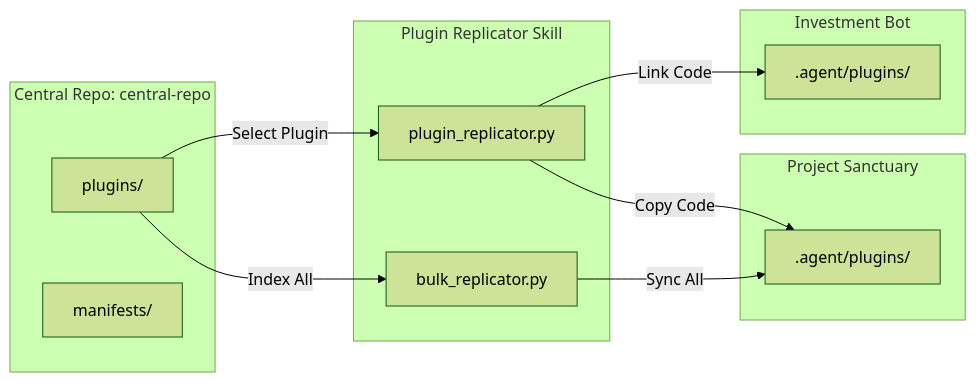
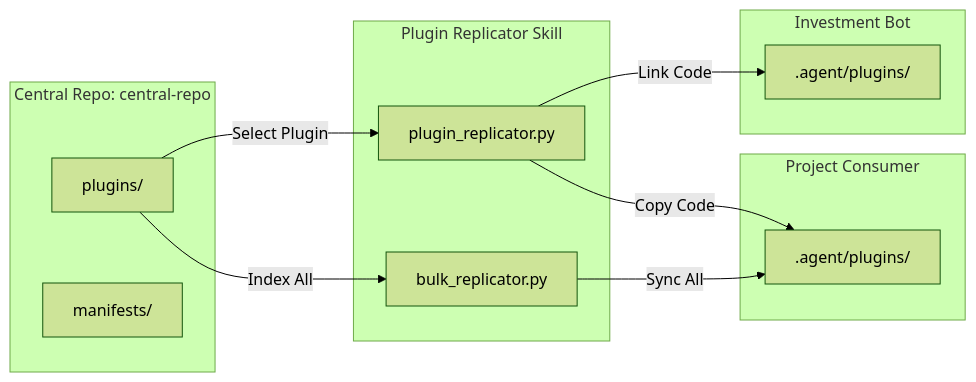
Before and after one commit to richfrem/Project_Sanctuary: the diagram in plugins/plugin-manager/resources/plugin_replicator_diagram.mmd, drawn with Mermaid (forest theme). The commit also changed 270 other files, not shown here.

```diff
--- a/plugins/plugin-manager/resources/plugin_replicator_diagram.mmd
+++ b/plugins/plugin-manager/resources/plugin_replicator_diagram.mmd
@@ -1,27 +1,27 @@
 flowchart LR
     subgraph Central_Repo [Central Repo: central-repo]
         Plugins["plugins/"]
         Manifests["manifests/"]
     end
 
     subgraph Replicator [Plugin Replicator Skill]
         PR[plugin_replicator.py]
         BR[bulk_replicator.py]
     end
 
-    subgraph Target_Project_1 [Project Sanctuary]
+    subgraph Target_Project_1 [Project Consumer]
         Config1[".agent/plugins/"]
     end
 
     subgraph Target_Project_2 [Investment Bot]
         Config2[".agent/plugins/"]
     end
 
     %% Flows
     Plugins -->|Select Plugin| PR
     Plugins -->|Index All| BR
 
     PR -->|Copy Code| Config1
     PR -->|Link Code| Config2
 
     BR -->|Sync All| Config1
```
